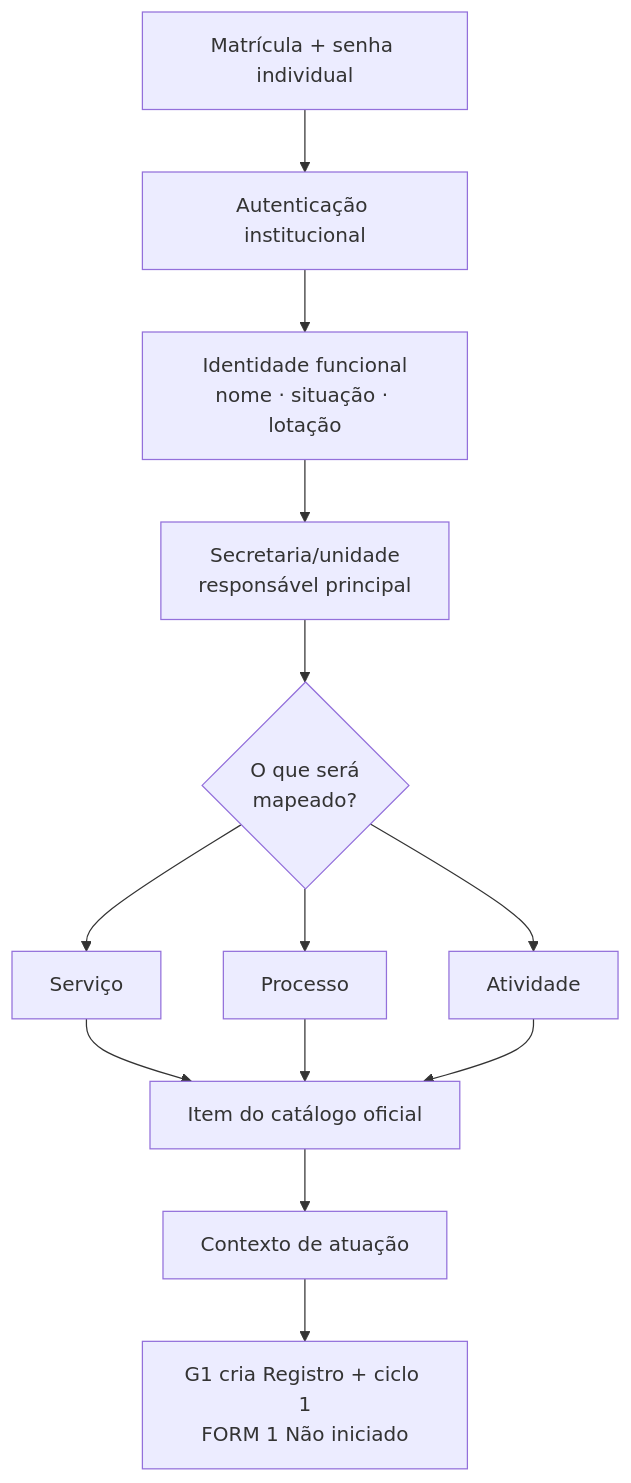
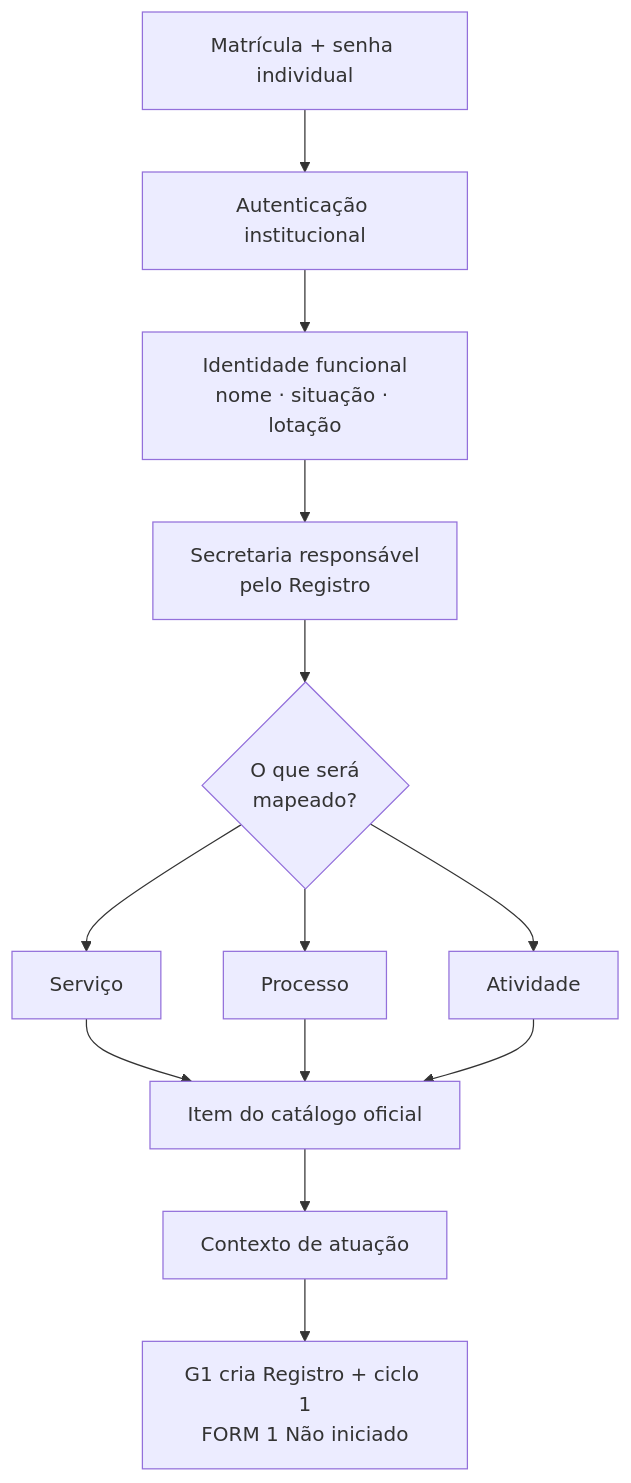
Before and after one commit to ailtonfv/governanca-lgpd-hortolandia: the diagram in docs/arquitetura/CONTRATO_IDENTIDADE_E_CONTEXTO_INICIAL.md, drawn with Mermaid. The commit also changed other lines of this file and 5 other files, not shown here.

````diff
--- a/docs/arquitetura/CONTRATO_IDENTIDADE_E_CONTEXTO_INICIAL.md
+++ b/docs/arquitetura/CONTRATO_IDENTIDADE_E_CONTEXTO_INICIAL.md
@@ -17,15 +17,15 @@
 ```mermaid
 flowchart TD
     E["Matrícula + senha individual"] --> A["Autenticação institucional"]
     A --> I["Identidade funcional<br/>nome · situação · lotação"]
-    I --> U["Secretaria/unidade<br/>responsável principal"]
+    I --> U["Secretaria responsável<br/>pelo Registro"]
     U --> T{"O que será<br/>mapeado?"}
     T --> S["Serviço"]
     T --> P["Processo"]
     T --> V["Atividade"]
     S --> C["Item do catálogo oficial"]
     P --> C
     V --> C
     C --> X["Contexto de atuação"]
     X --> G["G1 cria Registro + ciclo 1<br/>FORM 1 Não iniciado"]
 ```
````
